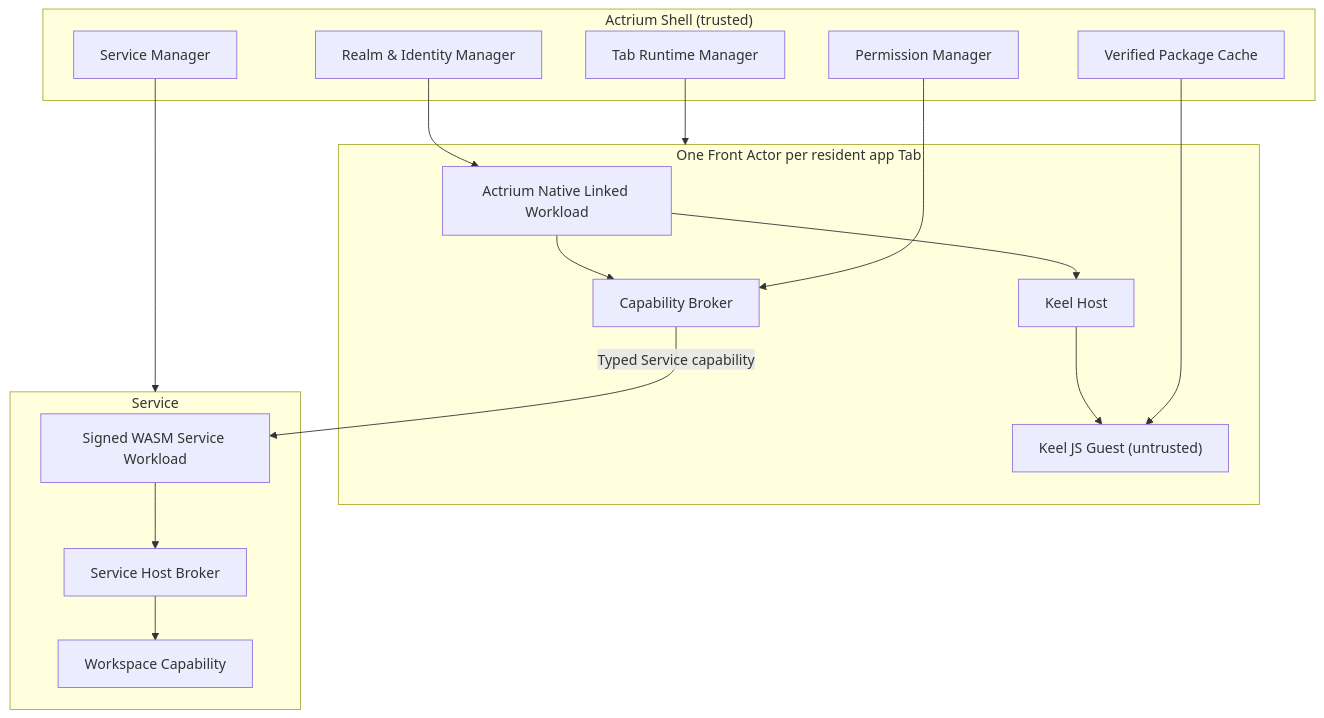
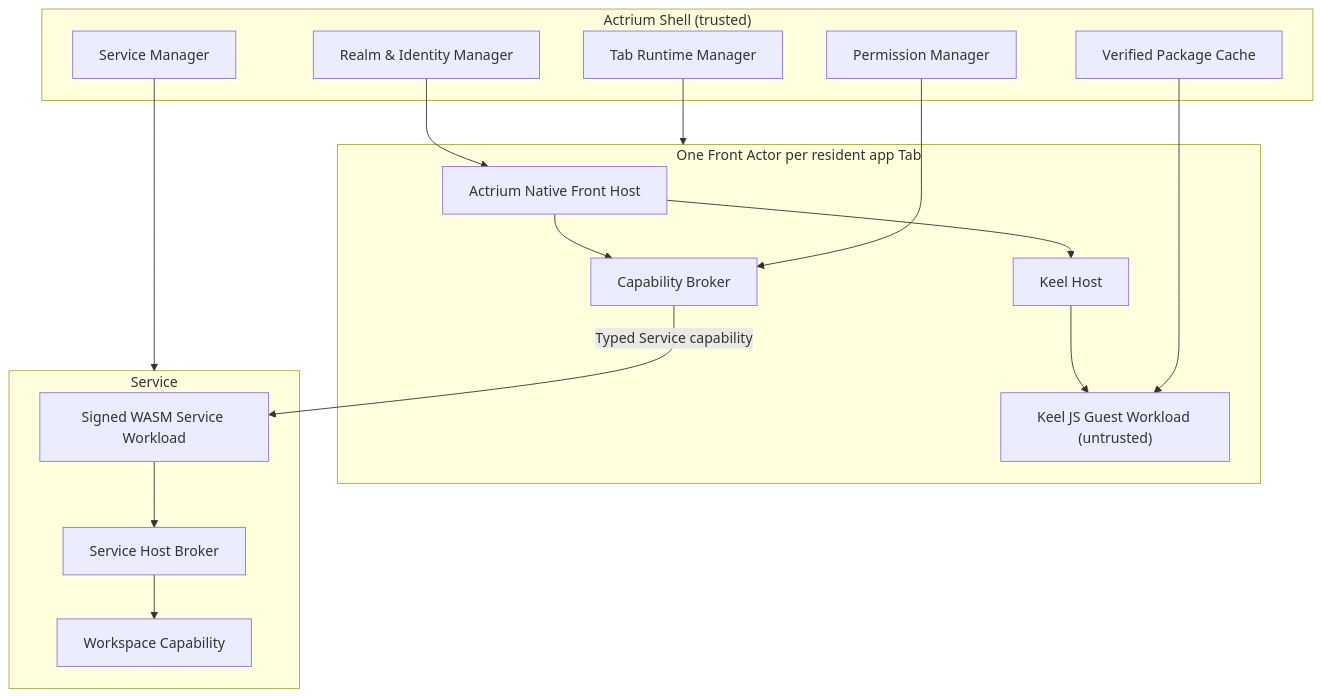
The diagram in docs/product/actrium-v1/06-runtime-and-protocol.md (Actrium/actrium), drawn with Mermaid before and after one commit. The commit also changed other lines of this file and 26 other files, not shown here.

````diff
--- a/docs/product/actrium-v1/06-runtime-and-protocol.md
+++ b/docs/product/actrium-v1/06-runtime-and-protocol.md
@@ -5,35 +5,35 @@
 ```mermaid
 flowchart TB
     subgraph Shell["Actrium Shell (trusted)"]
         TRM["Tab Runtime Manager"]
         PR["Verified Package Cache"]
         PM["Permission Manager"]
         RM["Realm & Identity Manager"]
         SM["Service Manager"]
     end
 
     subgraph Front["One Front Actor per resident app Tab"]
-        NW["Actrium Native Linked Workload"]
+        NW["Actrium Native Front Host"]
         RH["Keel Host"]
         CB["Capability Broker"]
-        RG["Keel JS Guest (untrusted)"]
+        RG["Keel JS Guest Workload (untrusted)"]
         NW --> RH
         RH --> RG
         NW --> CB
     end
 
     subgraph Service["Service"]
         SW["Signed WASM Service Workload"]
         SB["Service Host Broker"]
         WS["Workspace Capability"]
         SW --> SB
         SB --> WS
     end
 
     TRM --> Front
     PR --> RG
     PM --> CB
     RM --> NW
     SM --> Service
     CB -->|"Typed Service capability"| SW
 ```
````
